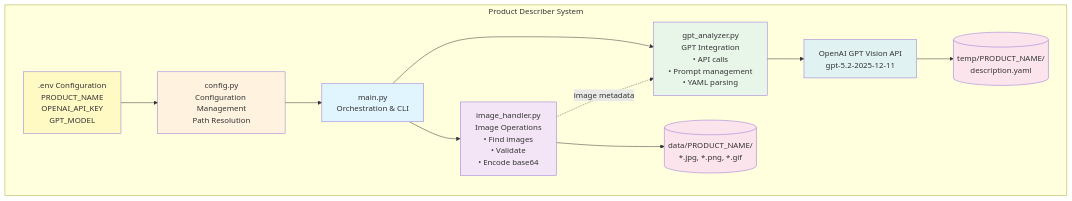
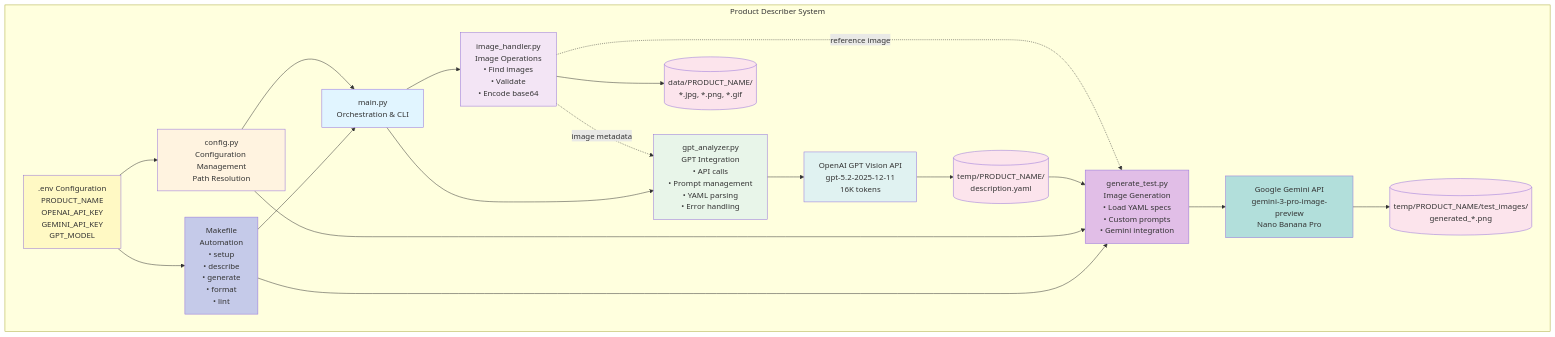
Before and after one commit to groupSJRDev/Product_Describer: the first of 2 diagrams in docs/ARCHITECTURE.md, drawn with Mermaid. The commit also changed other lines of this file and 7 other files, not shown here.

First line of the commit message:
Add Makefile automation and update documentation

````diff
--- a/docs/ARCHITECTURE.md
+++ b/docs/ARCHITECTURE.md
@@ -9,35 +9,53 @@
 ```mermaid
 graph TB
     subgraph "Product Describer System"
-        ENV[.env Configuration<br/>PRODUCT_NAME<br/>OPENAI_API_KEY<br/>GPT_MODEL]
+        ENV[.env Configuration<br/>PRODUCT_NAME<br/>OPENAI_API_KEY<br/>GEMINI_API_KEY<br/>GPT_MODEL]
+        
+        MAKE[Makefile<br/>Automation<br/>• setup<br/>• describe<br/>• generate<br/>• format<br/>• lint]
         
         MAIN[main.py<br/>Orchestration & CLI]
         CONFIG[config.py<br/>Configuration Management<br/>Path Resolution]
         
         HANDLER[image_handler.py<br/>Image Operations<br/>• Find images<br/>• Validate<br/>• Encode base64]
         
-        ANALYZER[gpt_analyzer.py<br/>GPT Integration<br/>• API calls<br/>• Prompt management<br/>• YAML parsing]
+        ANALYZER[gpt_analyzer.py<br/>GPT Integration<br/>• API calls<br/>• Prompt management<br/>• YAML parsing<br/>• Error handling]
+        
+        GENERATOR[generate_test.py<br/>Image Generation<br/>• Load YAML specs<br/>• Custom prompts<br/>• Gemini integration]
         
         DATA[(data/PRODUCT_NAME/<br/>*.jpg, *.png, *.gif)]
-        API[OpenAI GPT Vision API<br/>gpt-5.2-2025-12-11]
+        API[OpenAI GPT Vision API<br/>gpt-5.2-2025-12-11<br/>16K tokens]
+        GEMINI[Google Gemini API<br/>gemini-3-pro-image-preview<br/>Nano Banana Pro]
         OUTPUT[(temp/PRODUCT_NAME/<br/>description.yaml)]
+        IMAGES[(temp/PRODUCT_NAME/test_images/<br/>generated_*.png)]
         
         ENV --> CONFIG
+        ENV --> MAKE
+        MAKE --> MAIN
+        MAKE --> GENERATOR
         CONFIG --> MAIN
+        CONFIG --> GENERATOR
         MAIN --> HANDLER
         MAIN --> ANALYZER
         HANDLER --> DATA
         ANALYZER --> API
         API --> OUTPUT
+        OUTPUT --> GENERATOR
+        GENERATOR --> GEMINI
+        GEMINI --> IMAGES
         HANDLER -.image metadata.-> ANALYZER
+        HANDLER -.reference image.-> GENERATOR
     end
     
     style MAIN fill:#e1f5ff
     style CONFIG fill:#fff3e0
     style HANDLER fill:#f3e5f5
     style ANALYZER fill:#e8f5e9
+    style GENERATOR fill:#e1bee7
+    style MAKE fill:#c5cae9
     style ENV fill:#fff9c4
     style DATA fill:#fce4ec
     style OUTPUT fill:#fce4ec
+    style IMAGES fill:#fce4ec
     style API fill:#e0f2f1
+    style GEMINI fill:#b2dfdb
 ```
````
